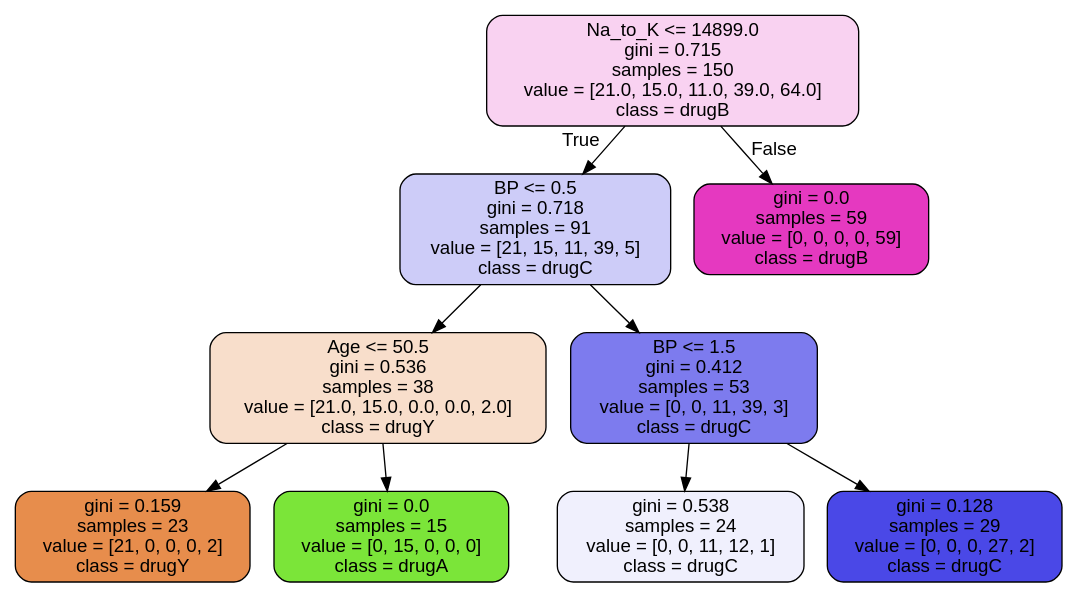
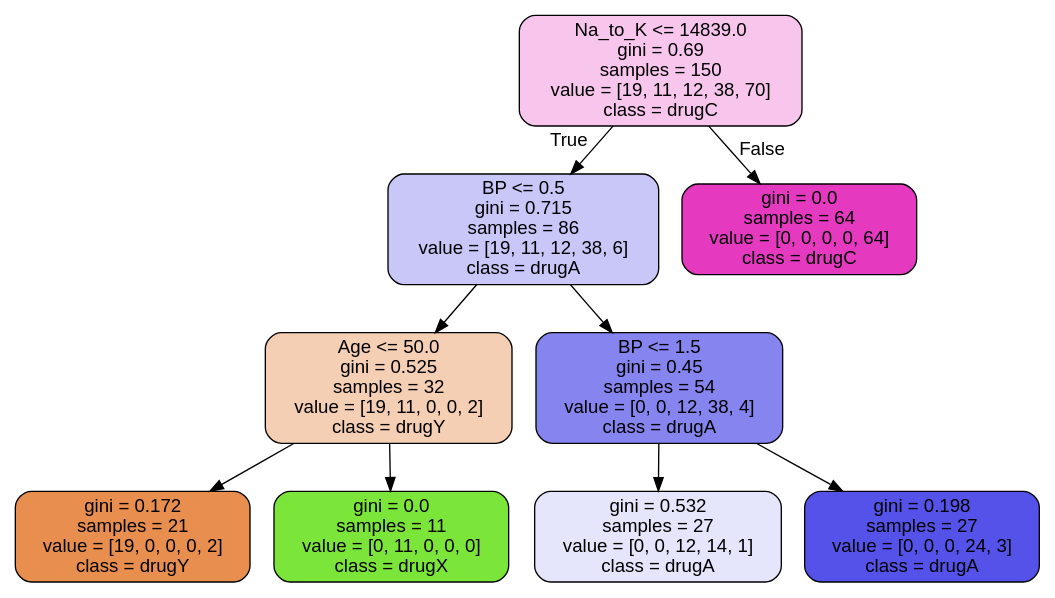
The diagram in tecnicas-multivariantes/images/tree_clf_depth3.dot (pablesite/master-matematicas), drawn with Graphviz before and after one commit. The commit also changed 6 other files, not shown here.

```diff
--- a/tecnicas-multivariantes/images/tree_clf_depth3.dot
+++ b/tecnicas-multivariantes/images/tree_clf_depth3.dot
@@ -1,21 +1,21 @@
 digraph Tree {
 node [shape=box, style="filled, rounded", color="black", fontname="helvetica"] ;
 edge [fontname="helvetica"] ;
-0 [label="Na_to_K <= 14899.0\ngini = 0.715\nsamples = 150\nvalue = [21.0, 15.0, 11.0, 39.0, 64.0]\nclass = drugB", fillcolor="#f9d2f1"] ;
-1 [label="BP <= 0.5\ngini = 0.718\nsamples = 91\nvalue = [21, 15, 11, 39, 5]\nclass = drugC", fillcolor="#cdccf8"] ;
+0 [label="Na_to_K <= 14839.0\ngini = 0.69\nsamples = 150\nvalue = [19, 11, 12, 38, 70]\nclass = drugC", fillcolor="#f8c6ed"] ;
+1 [label="BP <= 0.5\ngini = 0.715\nsamples = 86\nvalue = [19, 11, 12, 38, 6]\nclass = drugA", fillcolor="#c8c7f8"] ;
 0 -> 1 [labeldistance=2.5, labelangle=45, headlabel="True"] ;
-2 [label="Age <= 50.5\ngini = 0.536\nsamples = 38\nvalue = [21.0, 15.0, 0.0, 0.0, 2.0]\nclass = drugY", fillcolor="#f8decb"] ;
+2 [label="Age <= 50.0\ngini = 0.525\nsamples = 32\nvalue = [19, 11, 0, 0, 2]\nclass = drugY", fillcolor="#f5cfb4"] ;
 1 -> 2 ;
-3 [label="gini = 0.159\nsamples = 23\nvalue = [21, 0, 0, 0, 2]\nclass = drugY", fillcolor="#e78d4c"] ;
+3 [label="gini = 0.172\nsamples = 21\nvalue = [19, 0, 0, 0, 2]\nclass = drugY", fillcolor="#e88e4e"] ;
 2 -> 3 ;
-4 [label="gini = 0.0\nsamples = 15\nvalue = [0, 15, 0, 0, 0]\nclass = drugA", fillcolor="#7be539"] ;
+4 [label="gini = 0.0\nsamples = 11\nvalue = [0, 11, 0, 0, 0]\nclass = drugX", fillcolor="#7be539"] ;
 2 -> 4 ;
-5 [label="BP <= 1.5\ngini = 0.412\nsamples = 53\nvalue = [0, 0, 11, 39, 3]\nclass = drugC", fillcolor="#7d7bee"] ;
+5 [label="BP <= 1.5\ngini = 0.45\nsamples = 54\nvalue = [0, 0, 12, 38, 4]\nclass = drugA", fillcolor="#8684ef"] ;
 1 -> 5 ;
-6 [label="gini = 0.538\nsamples = 24\nvalue = [0, 0, 11, 12, 1]\nclass = drugC", fillcolor="#f0f0fd"] ;
+6 [label="gini = 0.532\nsamples = 27\nvalue = [0, 0, 12, 14, 1]\nclass = drugA", fillcolor="#e5e5fc"] ;
 5 -> 6 ;
-7 [label="gini = 0.128\nsamples = 29\nvalue = [0, 0, 0, 27, 2]\nclass = drugC", fillcolor="#4a48e7"] ;
+7 [label="gini = 0.198\nsamples = 27\nvalue = [0, 0, 0, 24, 3]\nclass = drugA", fillcolor="#5452e8"] ;
 5 -> 7 ;
-8 [label="gini = 0.0\nsamples = 59\nvalue = [0, 0, 0, 0, 59]\nclass = drugB", fillcolor="#e539c0"] ;
+8 [label="gini = 0.0\nsamples = 64\nvalue = [0, 0, 0, 0, 64]\nclass = drugC", fillcolor="#e539c0"] ;
 0 -> 8 [labeldistance=2.5, labelangle=-45, headlabel="False"] ;
 }
```
